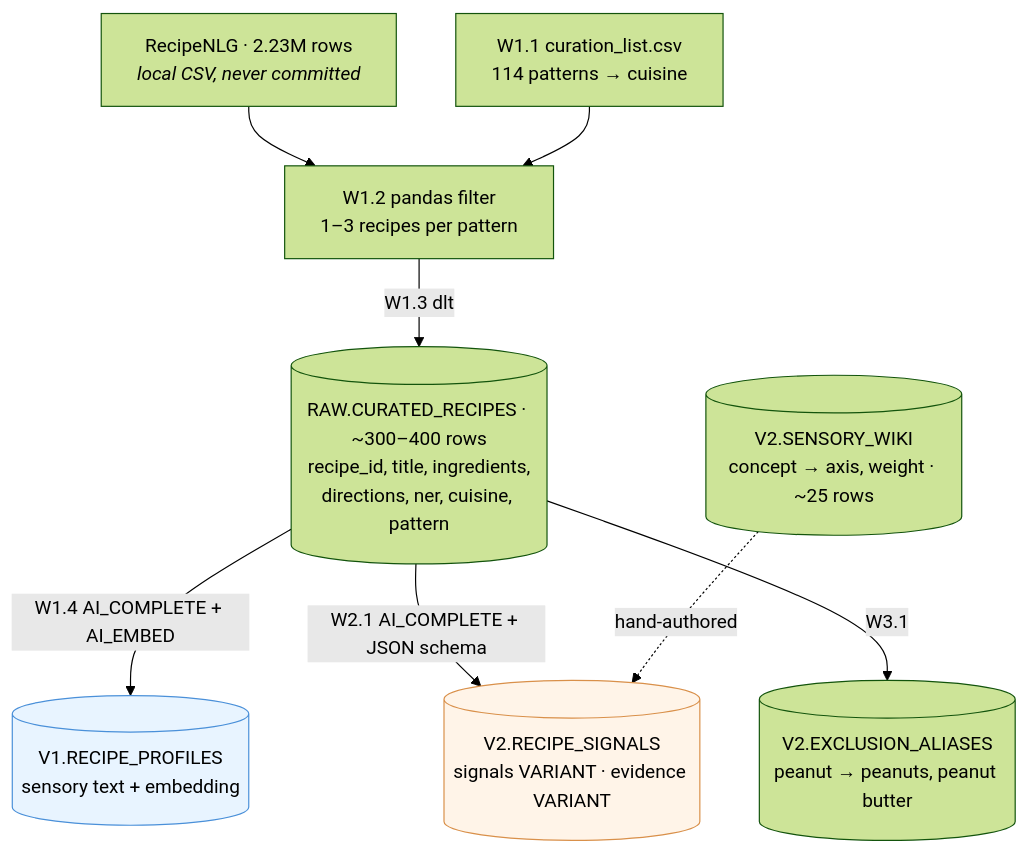
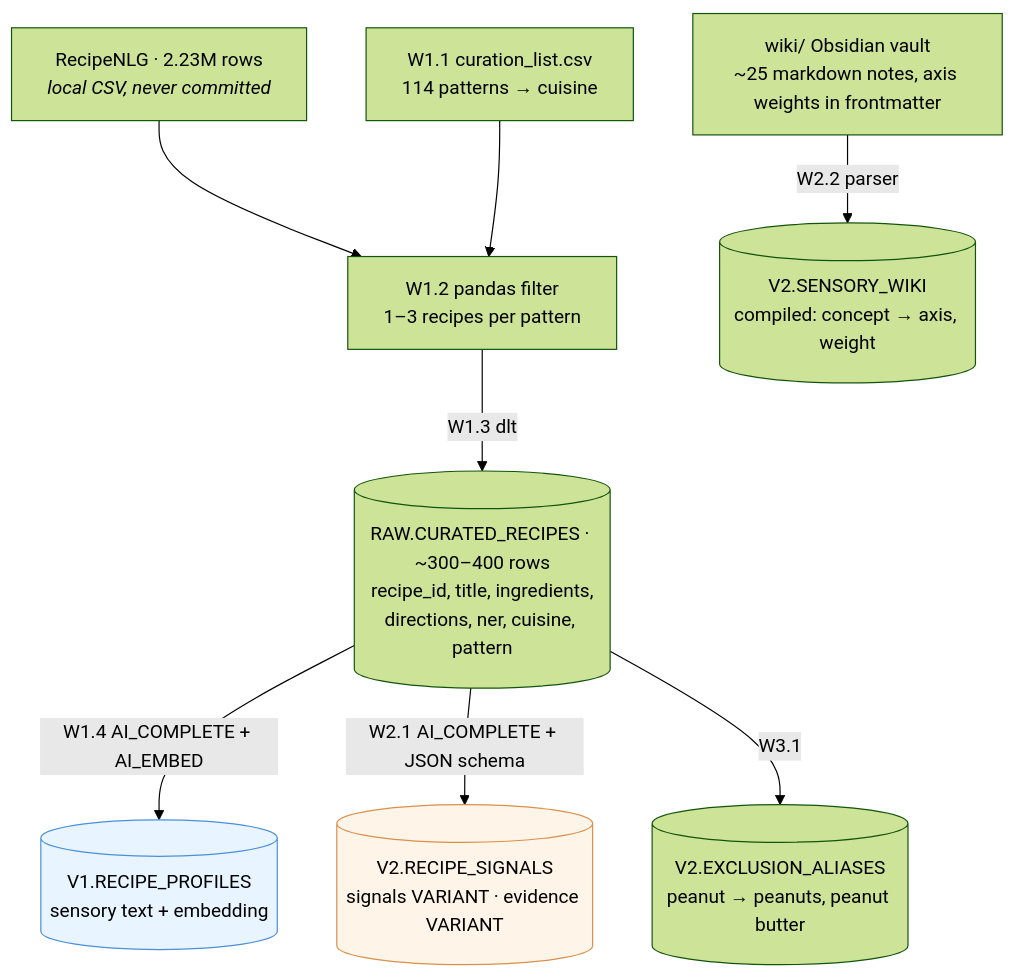
One commit to syp0000/CravingRAG changed the first of 2 diagrams in PLAN.md. Above: the diagram before and after it, drawn with Mermaid (forest theme). The commit also changed other lines of this file, not shown here.

Commit message:
Restore the wiki's Obsidian form in W2.2
The task list had flattened the sensory wiki to "a ~25-row table",
losing the agreed shape: an Obsidian vault in the repo as the human
source of truth — markdown notes with axis weights in frontmatter,
prose and links for people — compiled to V2.SENSORY_WIKI by a small
parser. The vault's graph view doubles as the debug surface for orphan
and hub concepts, and it is the artifact the project's motivation was
attached to in the first place.

````diff
--- a/PLAN.md
+++ b/PLAN.md
@@ -67,22 +67,23 @@
 ```mermaid
 flowchart TD
     CSV["RecipeNLG · 2.23M rows<br/><i>local CSV, never committed</i>"]
     LIST["W1.1 curation_list.csv<br/>114 patterns → cuisine"]
     FILTER["W1.2 pandas filter<br/>1–3 recipes per pattern"]
     RAW[("RAW.CURATED_RECIPES · ~300–400 rows<br/>recipe_id, title, ingredients,<br/>directions, ner, cuisine, pattern")]
     V1T[("V1.RECIPE_PROFILES<br/>sensory text + embedding")]
     V2T[("V2.RECIPE_SIGNALS<br/>signals VARIANT · evidence VARIANT")]
     ALIAS[("V2.EXCLUSION_ALIASES<br/>peanut → peanuts, peanut butter")]
-    WIKI[("V2.SENSORY_WIKI<br/>concept → axis, weight · ~25 rows")]
+    OBS["wiki/ Obsidian vault<br/>~25 markdown notes, axis weights in frontmatter"]
+    WIKI[("V2.SENSORY_WIKI<br/>compiled: concept → axis, weight")]
 
     CSV --> FILTER
     LIST --> FILTER
     FILTER -->|W1.3 dlt| RAW
     RAW -->|"W1.4 AI_COMPLETE + AI_EMBED"| V1T
     RAW -->|"W2.1 AI_COMPLETE + JSON schema"| V2T
     RAW -->|W3.1| ALIAS
-    WIKI -.hand-authored.-> V2T
+    OBS -->|W2.2 parser| WIKI
 
     style V1T fill:#e8f4ff,stroke:#4a90d9
     style V2T fill:#fff4e8,stroke:#d9904a
 ```
````
